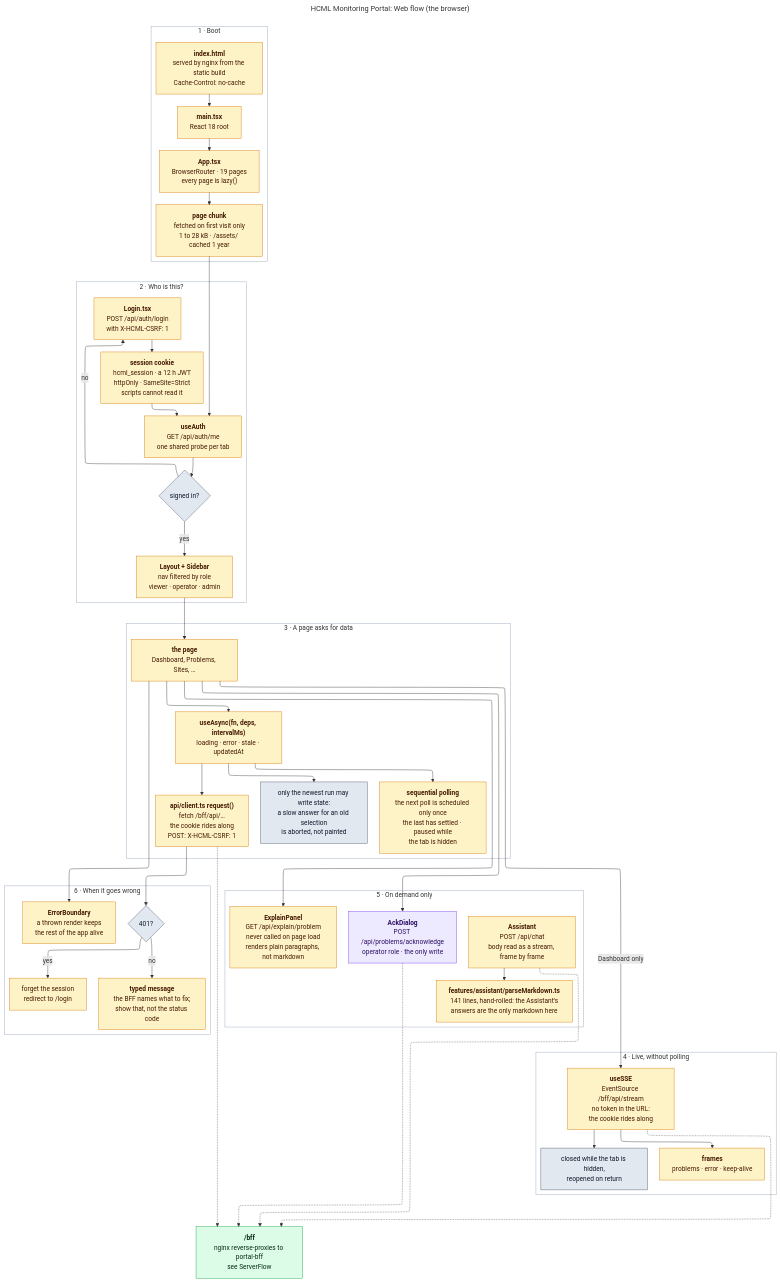
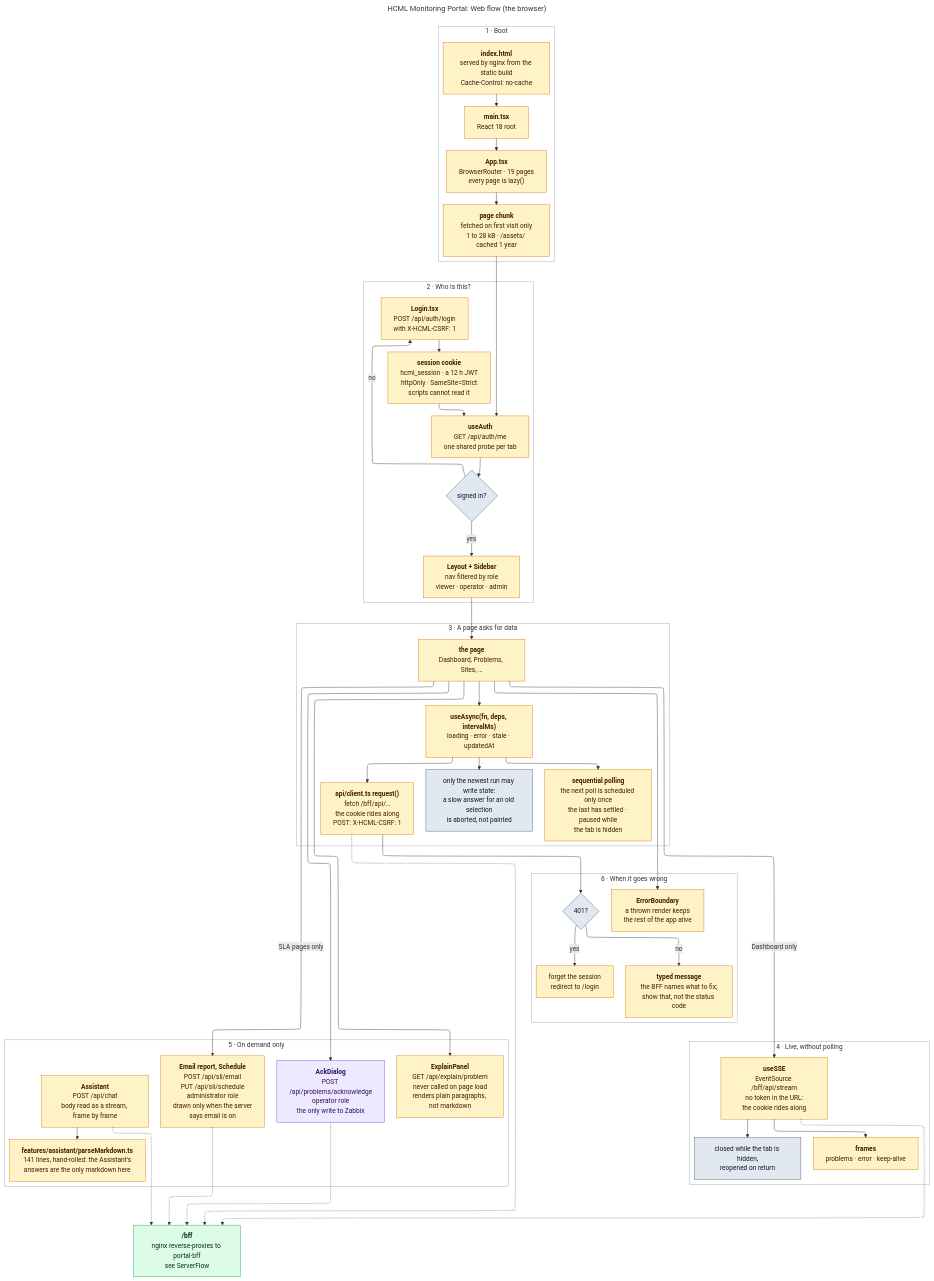
One commit to Fxkra28/Dashboard-Zabbix-Prototype changed the diagram in docs/flow/WebFlow.mmd. Above: the diagram before and after it, drawn with Mermaid. The commit also changed 505 other files, not shown here.

First line of the commit message:
feat: scheduled SLA email, handover handbook and the re-audit fixes

```diff
--- a/docs/flow/WebFlow.mmd
+++ b/docs/flow/WebFlow.mmd
@@ -1,139 +1,146 @@
 ---
 title: "HCML Monitoring Portal: Web flow (the browser)"
 config:
   layout: elk
   elk:
     mergeEdges: false
     nodePlacementStrategy: BRANDES_KOEPF
 ---
 flowchart TB
 
     %%  Web flow: what happens in the browser, from the first byte
     %%  nginx serves to the moment a page has data on screen.
 
     %%  Amber  runs in the browser.
     %%  Green  the portal's own BFF, same origin, behind /bff.
     %%  Grey   a decision, a guard, or a boundary.
 
     %%  Nothing here ever holds a Zabbix or model credential. Every call
     %%  goes to /bff. The portal JWT rides in an httpOnly cookie that no
     %%  script on the page can read (ADR-0010); it only proves who the
     %%  user is to the portal and grants nothing in Zabbix.
 
     %%  Two arrows were corrected against the code and must stay this
     %%  way. (1) The stream is opened by the Dashboard, not the shell:
     %%  useSSE has exactly one call site, Overview.tsx, and navigating
     %%  away closes the connection. The Problems page does not stream at
     %%  all: it polls every 30 s. (2) There is no ExplainPanel ->
     %%  markdown arrow: ExplainPanel renders its fields as plain <p>
     %%  paragraphs and never imports the renderer. The Assistant is its
     %%  only consumer.
 
     %%  Note also that stage 2's "signed in?" diamond is not implemented
     %%  as a route guard. No component reads the role and redirects; the
     %%  automatic paths to /login are the api client reacting to a 401, to a
     %%  sign-out in another tab, or to a page Back restores after one, so
     %%  an unauthenticated visitor sees the chrome for one round trip.
+
+    %%  The Email report and Schedule dialogs sit on the two SLA pages.
+    %%  An administrator sees them only when GET /api/sli/email says
+    %%  email is on; for everyone else the buttons are not drawn.
 
     subgraph W1["1 &middot; Boot"]
         HTML["<b>index.html</b><br>served by nginx from the static build<br>Cache-Control: no-cache"]
         MAIN["<b>main.tsx</b><br>React 18 root"]
         APP["<b>App.tsx</b><br>BrowserRouter &middot; 19 pages<br>every page is lazy()"]
         CHUNK["<b>page chunk</b><br>fetched on first visit only<br>1 to 28 kB &middot; /assets/ cached 1 year"]
 
         HTML --> MAIN --> APP --> CHUNK
     end
 
     subgraph W2["2 &middot; Who is this?"]
         ME["<b>useAuth</b><br>GET /api/auth/me<br>one shared probe per tab"]
         HASROLE{"signed in?"}
         LOGIN["<b>Login.tsx</b><br>POST /api/auth/login<br>with X-HCML-CSRF: 1"]
         COOKIE["<b>session cookie</b><br>hcml_session &middot; a 12 h JWT<br>httpOnly &middot; SameSite=Strict<br>scripts cannot read it"]
         LAYOUT["<b>Layout + Sidebar</b><br>nav filtered by role<br>viewer &middot; operator &middot; admin"]
 
         ME --> HASROLE
         HASROLE -->|"no"| LOGIN
         LOGIN --> COOKIE
         COOKIE --> ME
         HASROLE -->|"yes"| LAYOUT
     end
 
     subgraph W3["3 &middot; A page asks for data"]
         PAGE["<b>the page</b><br>Dashboard, Problems, Sites, &hellip;"]
         ASYNC["<b>useAsync(fn, deps, intervalMs)</b><br>loading &middot; error &middot; stale &middot; updatedAt"]
         GUARD["only the newest run may write state:<br>a slow answer for an old selection<br>is aborted, not painted"]
         POLL["<b>sequential polling</b><br>the next poll is scheduled only once<br>the last has settled &middot; paused while<br>the tab is hidden"]
         APICALL["<b>api/client.ts request()</b><br>fetch /bff/api/&hellip;<br>the cookie rides along<br>POST: X-HCML-CSRF: 1"]
 
         PAGE --> ASYNC
         ASYNC --> GUARD
         ASYNC --> POLL
         ASYNC --> APICALL
     end
 
     subgraph W4["4 &middot; Live, without polling"]
         SSE["<b>useSSE</b><br>EventSource /bff/api/stream<br>no token in the URL:<br>the cookie rides along"]
         FRAMES["<b>frames</b><br>problems &middot; error &middot; keep-alive"]
         HIDDEN["closed while the tab is hidden,<br>reopened on return"]
 
         SSE --> FRAMES
         SSE --> HIDDEN
     end
 
     subgraph W5["5 &middot; On demand only"]
         EXPLAIN["<b>ExplainPanel</b><br>GET /api/explain/problem<br>never called on page load<br>renders plain paragraphs, not markdown"]
         CHATP["<b>Assistant</b><br>POST /api/chat<br>body read as a stream, frame by frame"]
         MD["<b>features/assistant/parseMarkdown.ts</b><br>141 lines, hand-rolled: the Assistant's<br>answers are the only markdown here"]
-        ACK["<b>AckDialog</b><br>POST /api/problems/acknowledge<br>operator role &middot; the only write"]
+        ACK["<b>AckDialog</b><br>POST /api/problems/acknowledge<br>operator role<br>the only write to Zabbix"]
+        MAILD["<b>Email report, Schedule</b><br>POST /api/sli/email<br>PUT /api/sli/schedule<br>administrator role<br>drawn only when the server<br>says email is on"]
 
         CHATP --> MD
     end
 
     subgraph W6["6 &middot; When it goes wrong"]
         R401{"401?"}
         SIGNOUT["forget the session<br>redirect to /login"]
         TYPED["<b>typed message</b><br>the BFF names what to fix;<br>show that, not the status code"]
         BOUNDARY["<b>ErrorBoundary</b><br>a thrown render keeps<br>the rest of the app alive"]
 
         R401 -->|"yes"| SIGNOUT
         R401 -->|"no"| TYPED
     end
 
     BFF["<b>/bff</b><br>nginx reverse-proxies to portal-bff<br>see ServerFlow"]
 
     CHUNK --> ME
     LAYOUT --> PAGE
     PAGE -->|"Dashboard only"| SSE
     PAGE --> EXPLAIN
     PAGE --> ACK
+    PAGE -->|"SLA pages only"| MAILD
     PAGE --> BOUNDARY
     APICALL --> R401
     APICALL -.-> BFF
     SSE -.-> BFF
     CHATP -.-> BFF
     ACK -.-> BFF
+    MAILD -.-> BFF
 
     %% Frames must stay unfilled or they paint over the relationship lines.
 
     classDef browser fill:#fef3c7,stroke:#d97706,color:#451a03
     classDef server  fill:#dcfce7,stroke:#16a34a,color:#052e16
     classDef choice  fill:#e2e8f0,stroke:#475569,color:#0f172a
     classDef written fill:#ede9fe,stroke:#7c3aed,color:#2e1065
 
     style W1 fill:none,stroke:#94a3b8
     style W2 fill:none,stroke:#94a3b8
     style W3 fill:none,stroke:#94a3b8
     style W4 fill:none,stroke:#94a3b8
     style W5 fill:none,stroke:#94a3b8
     style W6 fill:none,stroke:#94a3b8
 
     class HTML,MAIN,APP,CHUNK browser
     class ME,LOGIN,COOKIE,LAYOUT browser
     class PAGE,ASYNC,POLL,APICALL browser
-    class SSE,FRAMES,EXPLAIN,CHATP,MD browser
+    class SSE,FRAMES,EXPLAIN,CHATP,MD,MAILD browser
     class SIGNOUT,TYPED,BOUNDARY browser
 
     class ACK written
     class BFF server
     class HASROLE,R401,GUARD,HIDDEN choice
-%% source-hash: e7ee1e521f21
+%% source-hash: efd65b6a8449
```
